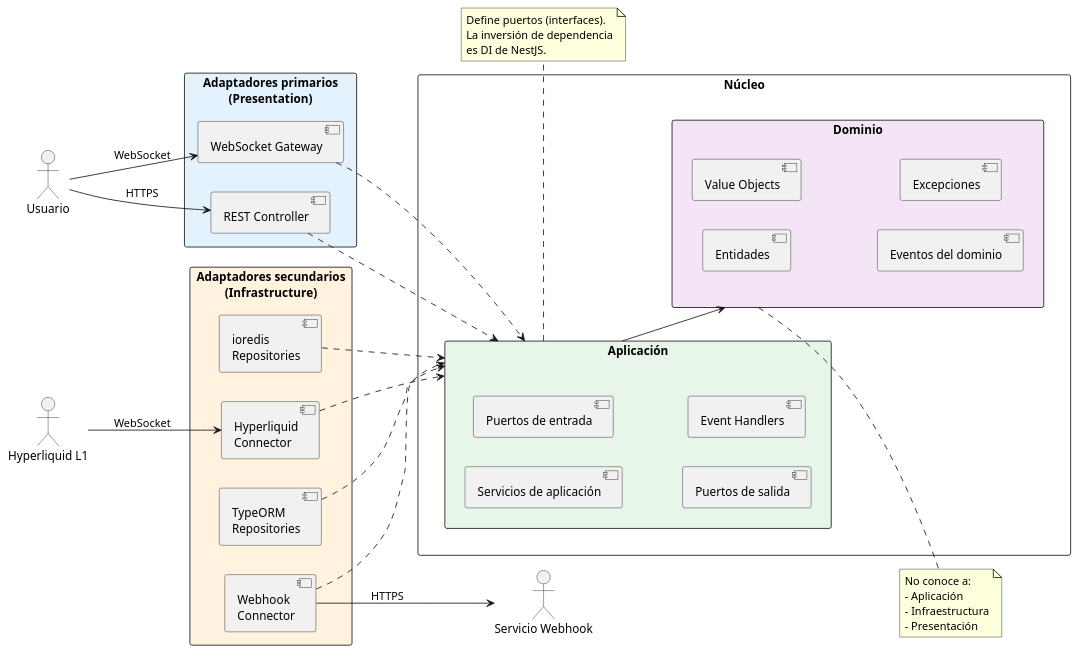
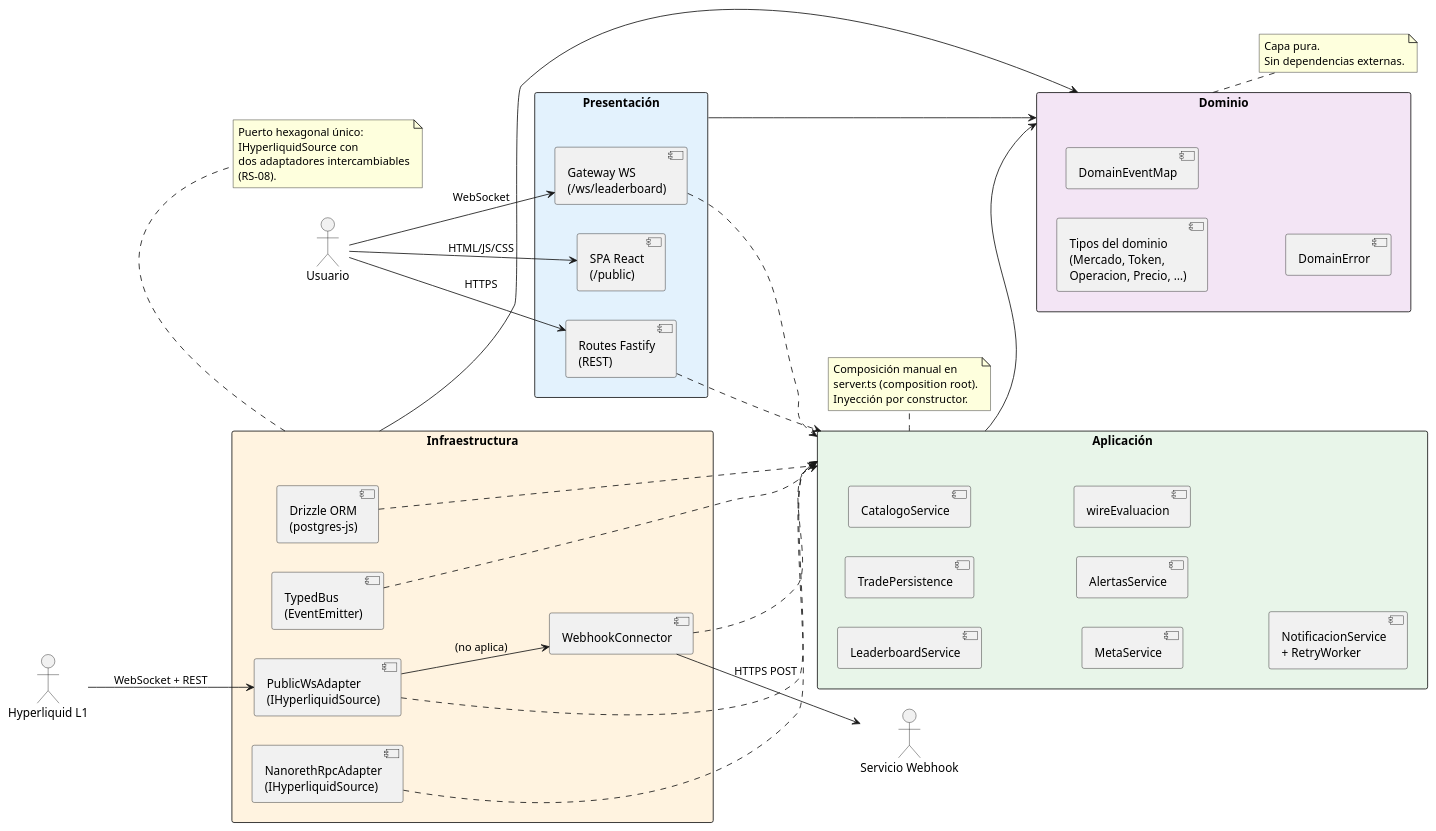
One commit to nekiiiiis/tfg changed the diagram in modelosUML/capitulo3/diseno-capas.puml. Above: the diagram before and after it, drawn with PlantUML. The commit also changed 40 other files, not shown here.

First line of the commit message:
docs(capitulo3): alinear contenido con la solución Fastify/Drizzle y el formato del cap. 2

```diff
--- a/modelosUML/capitulo3/diseno-capas.puml
+++ b/modelosUML/capitulo3/diseno-capas.puml
@@ -1,65 +1,78 @@
 @startuml
 skinparam packageStyle rectangle
 skinparam shadowing false
 hide stereotype
 left to right direction
 
 actor "Usuario" as U
 actor "Hyperliquid L1" as HL
 actor "Servicio Webhook" as SW
 
-package "Adaptadores primarios\n(Presentation)" as PRES #E3F2FD {
-    [REST Controller] as REST
-    [WebSocket Gateway] as WS
+package "Presentación" as PRES #E3F2FD {
+    [Routes Fastify\n(REST)] as REST
+    [Gateway WS\n(/ws/leaderboard)] as WS
+    [SPA React\n(/public)] as SPA
 }
 
-package "Adaptadores secundarios\n(Infrastructure)" as INFRA #FFF3E0 {
-    [Hyperliquid\nConnector] as HLC
-    [Webhook\nConnector] as WHC
-    [TypeORM\nRepositories] as TORM
-    [ioredis\nRepositories] as IORED
+package "Infraestructura" as INFRA #FFF3E0 {
+    [PublicWsAdapter\n(IHyperliquidSource)] as HLC
+    [NanorethRpcAdapter\n(IHyperliquidSource)] as NRA
+    [WebhookConnector] as WHC
+    [Drizzle ORM\n(postgres-js)] as DRZ
+    [TypedBus\n(EventEmitter)] as BUS
 }
 
-package "Núcleo" as CORE {
-    package "Aplicación" as APP #E8F5E9 {
-        [Servicios de aplicación]
-        [Puertos de entrada]
-        [Puertos de salida]
-        [Event Handlers]
-    }
-    package "Dominio" as DOM #F3E5F5 {
-        [Entidades]
-        [Value Objects]
-        [Eventos del dominio]
-        [Excepciones]
-    }
+package "Aplicación" as APP #E8F5E9 {
+    [LeaderboardService] as LS
+    [TradePersistence] as TP
+    [CatalogoService] as CS
+    [MetaService] as MS
+    [AlertasService] as AS
+    [wireEvaluacion] as EV
+    [NotificacionService\n+ RetryWorker] as NS
 }
 
-U --> REST : HTTPS
-U --> WS  : WebSocket
-HL --> HLC : WebSocket
-WHC --> SW : HTTPS
+package "Dominio" as DOM #F3E5F5 {
+    [Tipos del dominio\n(Mercado, Token,\nOperacion, Precio, …)]
+    [DomainEventMap]
+    [DomainError]
+}
+
+U --> REST  : HTTPS
+U --> WS    : WebSocket
+U --> SPA   : HTML/JS/CSS
+HL --> HLC  : WebSocket + REST
+HLC --> WHC : (no aplica)
+WHC --> SW  : HTTPS POST
 
 REST ..> APP
-WS ..> APP
-HLC ..> APP
-WHC ..> APP
-TORM ..> APP
-IORED ..> APP
+WS   ..> APP
+HLC  ..> APP
+NRA  ..> APP
+WHC  ..> APP
+DRZ  ..> APP
+BUS  ..> APP
 
 APP --> DOM
+INFRA --> DOM
+PRES --> DOM
 
 note right of DOM
-  No conoce a:
-  - Aplicación
-  - Infraestructura
-  - Presentación
+  Capa pura.
+  Sin dependencias externas.
 end note
 
 note bottom of APP
-  Define puertos (interfaces).
-  La inversión de dependencia
-  es DI de NestJS.
+  Composición manual en
+  server.ts (composition root).
+  Inyección por constructor.
+end note
+
+note bottom of INFRA
+  Puerto hexagonal único:
+  IHyperliquidSource con
+  dos adaptadores intercambiables
+  (RS-08).
 end note
 
 @enduml
```
